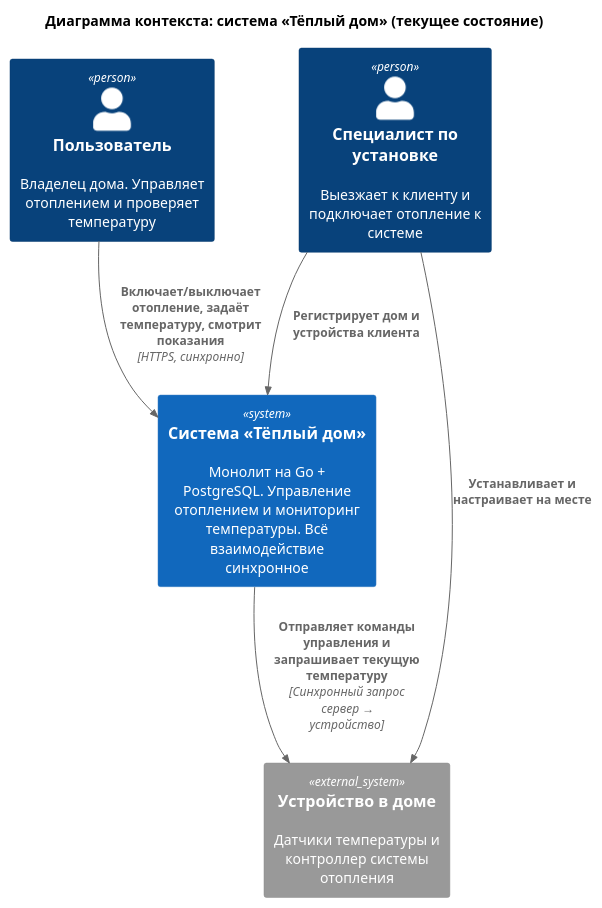
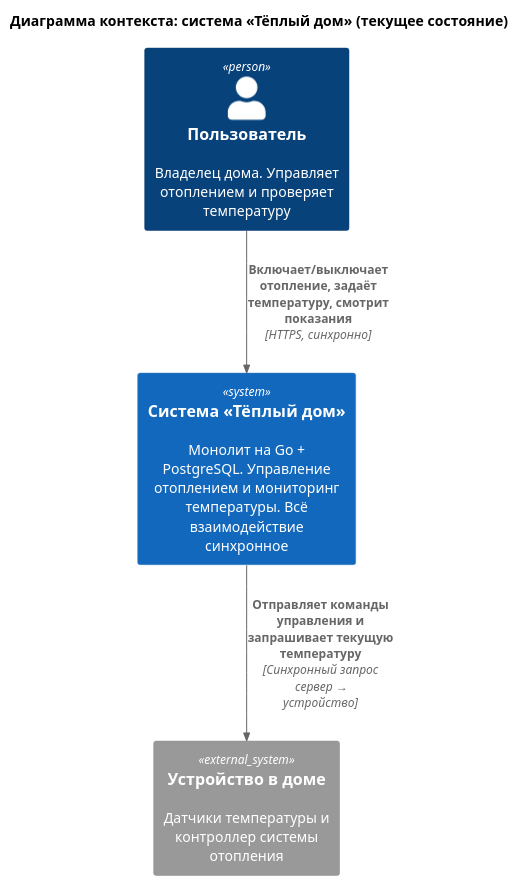
Before and after one commit to konst55kz/architecture-warmhouse: the diagram in docs/context.puml, drawn with PlantUML. The commit also changed 13 other files, not shown here.

```diff
--- a/docs/context.puml
+++ b/docs/context.puml
@@ -1,20 +1,17 @@
 @startuml context
 ' Подключение библиотеки C4-PlantUML (уровень контекста)
 
 !include <C4/C4_Context>
 
 title Диаграмма контекста: система «Тёплый дом» (текущее состояние)
 
 Person(user, "Пользователь", "Владелец дома. Управляет отоплением и проверяет температуру")
-Person(installer, "Специалист по установке", "Выезжает к клиенту и подключает отопление к системе")
 
 System(heating_system, "Система «Тёплый дом»", "Монолит на Go + PostgreSQL. Управление отоплением и мониторинг температуры. Всё взаимодействие синхронное")
 
 System_Ext(devices, "Устройство в доме", "Датчики температуры и контроллер системы отопления")
 
 Rel(user, heating_system, "Включает/выключает отопление, задаёт температуру, смотрит показания", "HTTPS, синхронно")
-Rel(installer, heating_system, "Регистрирует дом и устройства клиента")
-Rel(installer, devices, "Устанавливает и настраивает на месте")
 Rel(heating_system, devices, "Отправляет команды управления и запрашивает текущую температуру", "Синхронный запрос сервер → устройство")
 
 @enduml
```
